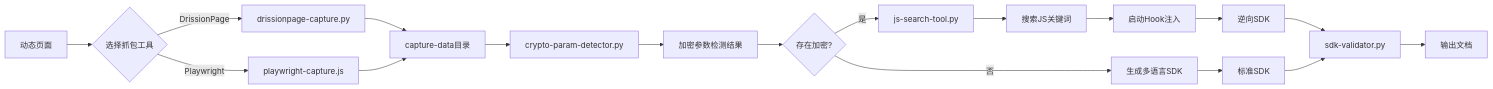
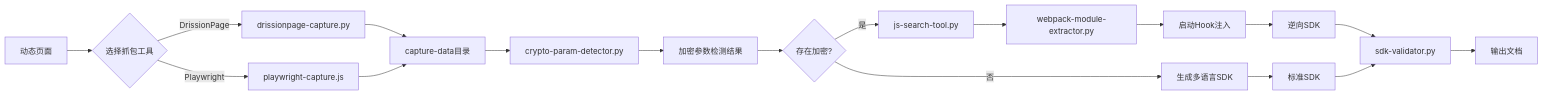
Before and after one commit to 854771076/oh-my-claude-skills: the second of 3 diagrams in .claude/skills/url-analyzer-sdk-gen/skill.md, drawn with Mermaid. The commit also changed other lines of this file and 13 other files, not shown here.

````diff
--- a/.claude/skills/url-analyzer-sdk-gen/skill.md
+++ b/.claude/skills/url-analyzer-sdk-gen/skill.md
@@ -66,22 +66,22 @@
 ```mermaid
 flowchart LR
     A[动态页面] --> B{选择抓包工具}
     B -->|DrissionPage| C[drissionpage-capture.py]
     B -->|Playwright| D[playwright-capture.js]
     C --> E[capture-data目录]
     D --> E
-    
+
     E --> F[crypto-param-detector.py]
     F --> G[加密参数检测结果]
     G --> H{存在加密?}
     H -->|是| I[js-search-tool.py]
-    I --> J[搜索JS关键词]
+    I --> J[webpack-module-extractor.py]
     J --> K[启动Hook注入]
     H -->|否| L[生成多语言SDK]
-    
+
     K --> M[逆向SDK]
     L --> N[标准SDK]
     M --> O[sdk-validator.py]
     N --> O
     O --> P[输出文档]
 ```
````
